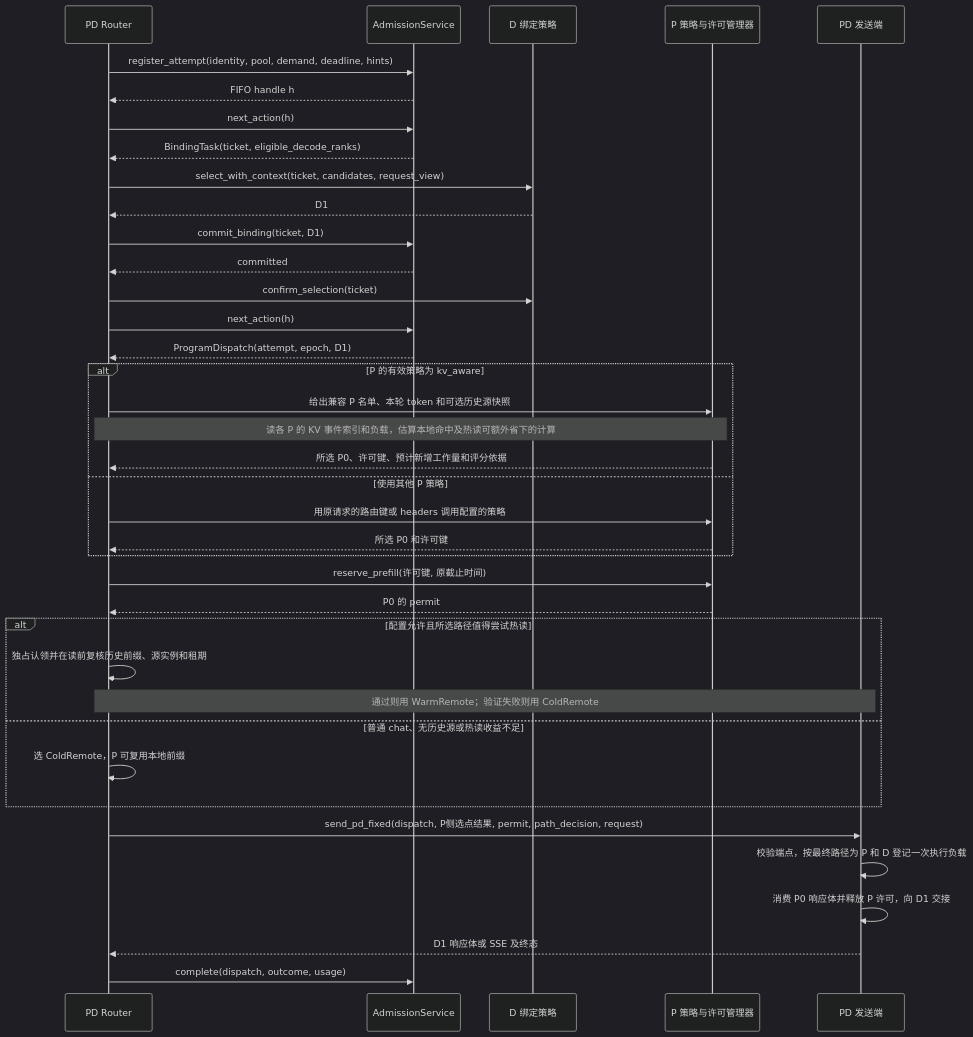
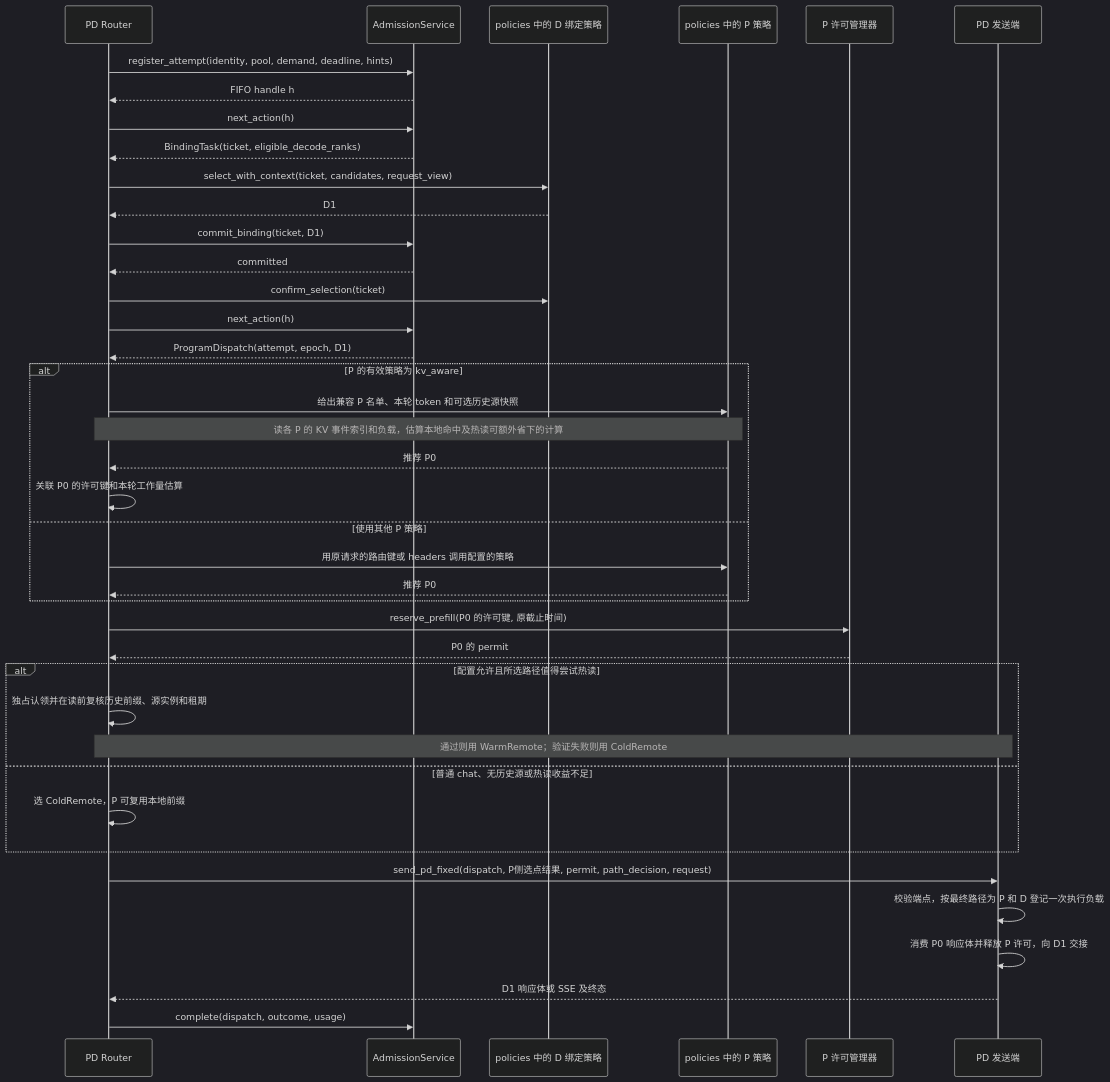
Before and after one commit to vllm-project/router: the diagram in docs/program_scheduling/rfc-capacity-first-admission-pd.zh-CN.md, drawn with Mermaid (dark theme). The commit also changed other lines of this file and 17 other files, not shown here.

````diff
--- a/docs/program_scheduling/rfc-capacity-first-admission-pd.zh-CN.md
+++ b/docs/program_scheduling/rfc-capacity-first-admission-pd.zh-CN.md
@@ -37,40 +37,42 @@
 ```mermaid
 sequenceDiagram
     participant R as PD Router
     participant A as AdmissionService
-    participant B as D 绑定策略
-    participant P as P 策略与许可管理器
+    participant B as policies 中的 D 绑定策略
+    participant P as policies 中的 P 策略
+    participant G as P 许可管理器
     participant H as PD 发送端
     R->>A: register_attempt(identity, pool, demand, deadline, hints)
     A-->>R: FIFO handle h
     R->>A: next_action(h)
     A-->>R: BindingTask(ticket, eligible_decode_ranks)
     R->>B: select_with_context(ticket, candidates, request_view)
     B-->>R: D1
     R->>A: commit_binding(ticket, D1)
     A-->>R: committed
     R->>B: confirm_selection(ticket)
     R->>A: next_action(h)
     A-->>R: ProgramDispatch(attempt, epoch, D1)
     alt P 的有效策略为 kv_aware
         R->>P: 给出兼容 P 名单、本轮 token 和可选历史源快照
         Note over R,P: 读各 P 的 KV 事件索引和负载，估算本地命中及热读可额外省下的计算
-        P-->>R: 所选 P0、许可键、预计新增工作量和评分依据
+        P-->>R: 推荐 P0
+        R->>R: 关联 P0 的许可键和本轮工作量估算
     else 使用其他 P 策略
         R->>P: 用原请求的路由键或 headers 调用配置的策略
-        P-->>R: 所选 P0 和许可键
+        P-->>R: 推荐 P0
     end
-    R->>P: reserve_prefill(许可键, 原截止时间)
-    P-->>R: P0 的 permit
+    R->>G: reserve_prefill(P0 的许可键, 原截止时间)
+    G-->>R: P0 的 permit
     alt 配置允许且所选路径值得尝试热读
         R->>R: 独占认领并在读前复核历史前缀、源实例和租期
         Note over R,H: 通过则用 WarmRemote；验证失败则用 ColdRemote
     else 普通 chat、无历史源或热读收益不足
         R->>R: 选 ColdRemote，P 可复用本地前缀
     end
     R->>H: send_pd_fixed(dispatch, P侧选点结果, permit, path_decision, request)
     H->>H: 校验端点，按最终路径为 P 和 D 登记一次执行负载
     H->>H: 消费 P0 响应体并释放 P 许可，向 D1 交接
     H-->>R: D1 响应体或 SSE 及终态
     R->>A: complete(dispatch, outcome, usage)
 ```
````
